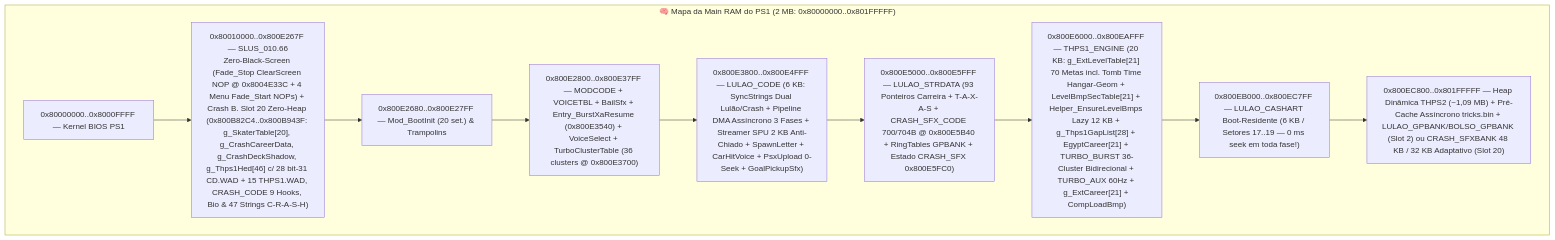
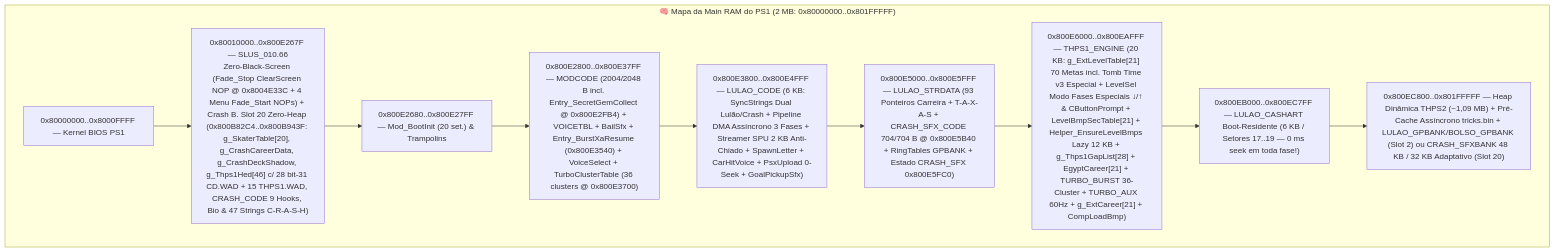
One commit to WagnerxOliveira/Tony_Hawk-s_Pro_Skater_2_Mod_PSX changed the eighth of 8 diagrams in HISTORIA_DO_PROJETO_THPS2_MOD.md. Above: the diagram before and after it, drawn with Mermaid. The commit also changed other lines of this file and 9 other files, not shown here.

Commit message:
Tomb Time v3: paleta viva Crash 3 (60-30-10), Parede Falsa no Hangar para Tumba Secreta gigante (16000x16000, 2 piscinas vazias, 2 halfs, rampa+corrimao aereo+Gema Verde secreta com SFX GSh2A), clamp 0x8D Z>=-7400 e acesso via seta baixo Fases Especiais no LevelSel (19/19 QA ao vivo)

````diff
--- a/HISTORIA_DO_PROJETO_THPS2_MOD.md
+++ b/HISTORIA_DO_PROJETO_THPS2_MOD.md
@@ -1033,15 +1082,15 @@
 ```mermaid
 flowchart TB
     subgraph RAM["🧠 Mapa da Main RAM do PS1 (2 MB: 0x80000000..0x801FFFFF)"]
         K["0x80000000..0x8000FFFF — Kernel BIOS PS1"]
         E["0x80010000..0x800E267F — SLUS_010.66<br/>Zero-Black-Screen (Fade_Stop ClearScreen NOP @ 0x8004E33C + 4 Menu Fade_Start NOPs) + Crash B. Slot 20 Zero-Heap (0x800B82C4..0x800B943F: g_SkaterTable[20], g_CrashCareerData, g_CrashDeckShadow, g_Thps1Hed[46] c/ 28 bit-31 CD.WAD + 15 THPS1.WAD, CRASH_CODE 9 Hooks, Bio & 47 Strings C-R-A-S-H)"]
         B["0x800E2680..0x800E27FF — Mod_BootInit (20 set.) & Trampolins"]
-        M["0x800E2800..0x800E37FF — MODCODE + VOICETBL + BailSfx + Entry_BurstXaResume (0x800E3540) + VoiceSelect + TurboClusterTable (36 clusters @ 0x800E3700)"]
+        M["0x800E2800..0x800E37FF — MODCODE (2004/2048 B incl. Entry_SecretGemCollect @ 0x800E2FB4) + VOICETBL + BailSfx + Entry_BurstXaResume (0x800E3540) + VoiceSelect + TurboClusterTable (36 clusters @ 0x800E3700)"]
         L["0x800E3800..0x800E4FFF — LULAO_CODE (6 KB: SyncStrings Dual Lulão/Crash + Pipeline DMA Assíncrono 3 Fases + Streamer SPU 2 KB Anti-Chiado + SpawnLetter + CarHitVoice + PsxUpload 0-Seek + GoalPickupSfx)"]
-        S["0x800E5000..0x800E5FFF — LULAO_STRDATA (93 Ponteiros Carreira + T-A-X-A-S + CRASH_SFX_CODE 700/704B @ 0x800E5B40 + RingTables GPBANK + Estado CRASH_SFX 0x800E5FC0)"]
-        T["0x800E6000..0x800EAFFF — THPS1_ENGINE (20 KB: g_ExtLevelTable[21] 70 Metas incl. Tomb Time Hangar-Geom + LevelBmpSecTable[21] + Helper_EnsureLevelBmps Lazy 12 KB + g_Thps1GapList[28] + EgyptCareer[21] + TURBO_BURST 36-Cluster Bidirecional + TURBO_AUX 60Hz + g_ExtCareer[21] + CompLoadBmp)"]
+        S["0x800E5000..0x800E5FFF — LULAO_STRDATA (93 Ponteiros Carreira + T-A-X-A-S + CRASH_SFX_CODE 704/704 B @ 0x800E5B40 + RingTables GPBANK + Estado CRASH_SFX 0x800E5FC0)"]
+        T["0x800E6000..0x800EAFFF — THPS1_ENGINE (20 KB: g_ExtLevelTable[21] 70 Metas incl. Tomb Time v3 Especial + LevelSel Modo Fases Especiais ↓/↑ & CButtonPrompt + LevelBmpSecTable[21] + Helper_EnsureLevelBmps Lazy 12 KB + g_Thps1GapList[28] + EgyptCareer[21] + TURBO_BURST 36-Cluster + TURBO_AUX 60Hz + g_ExtCareer[21] + CompLoadBmp)"]
         C["0x800EB000..0x800EC7FF — LULAO_CASHART Boot-Residente (6 KB / Setores 17..19 — 0 ms seek em toda fase!)"]
         H["0x800EC800..0x801FFFFF — Heap Dinâmica THPS2 (~1,09 MB) + Pré-Cache Assíncrono tricks.bin + LULAO_GPBANK/BOLSO_GPBANK (Slot 2) ou CRASH_SFXBANK 48 KB / 32 KB Adaptativo (Slot 20)"]
     end
     K --> E --> B --> M --> L --> S --> T --> C --> H
 ```
````
